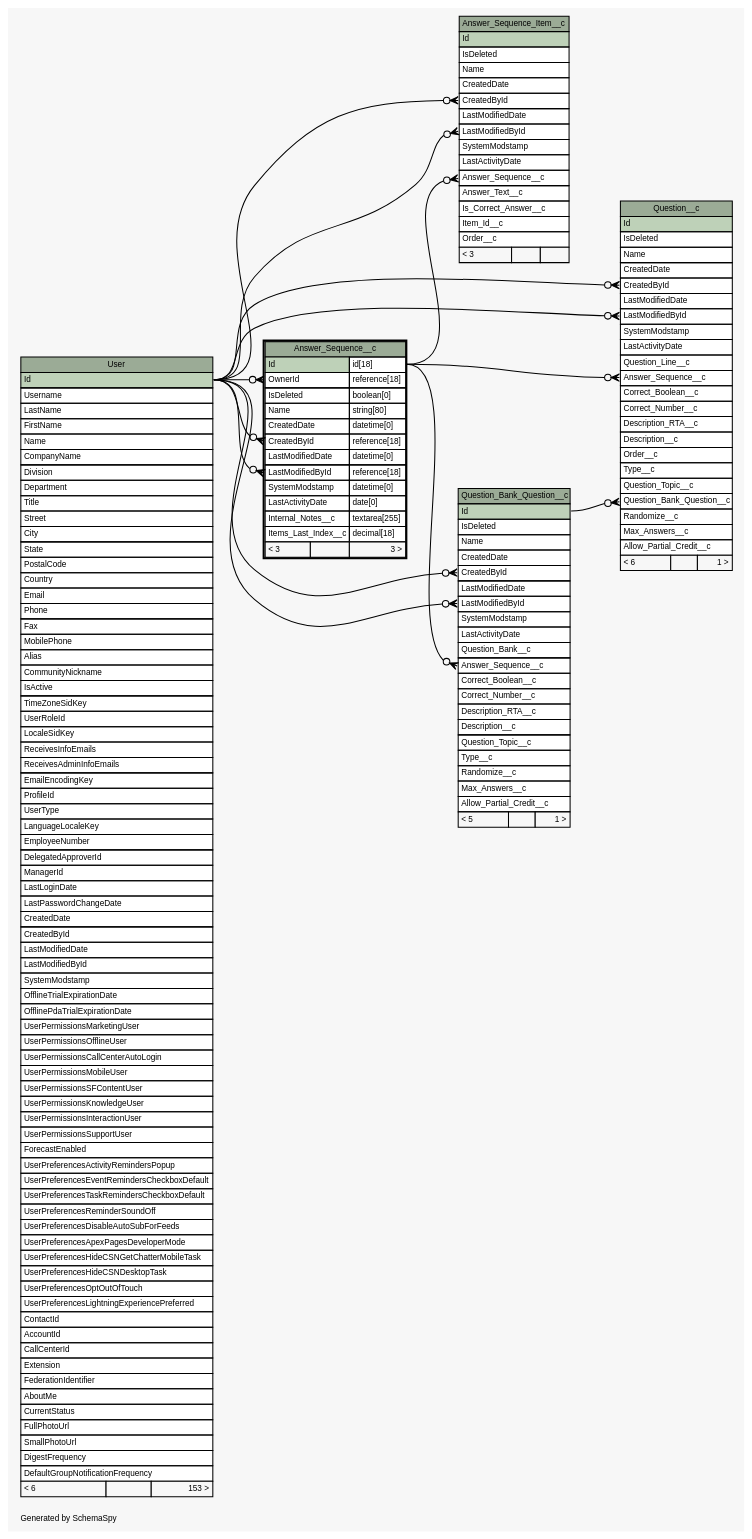
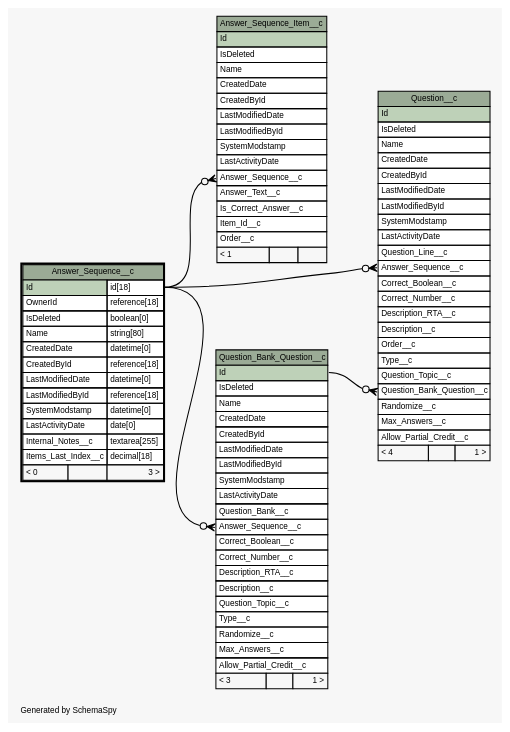
One commit to ScormAnywhere/learntrac.github.io changed the diagram in diagrams/Answer_Sequence__c.1degree.dot. Above: the diagram before and after it, drawn with Graphviz. The commit also changed 289 other files, not shown here.

```diff
--- a/diagrams/Answer_Sequence__c.1degree.dot
+++ b/diagrams/Answer_Sequence__c.1degree.dot
@@ -19,19 +19,10 @@
   edge [
     arrowsize="0.8"
   ];
-  "Answer_Sequence__c":"CreatedById":w -> "User":"Id":e [arrowhead=none dir=back arrowtail=crowodot];
-  "Answer_Sequence__c":"LastModifiedById":w -> "User":"Id":e [arrowhead=none dir=back arrowtail=crowodot];
-  "Answer_Sequence__c":"OwnerId":w -> "User":"Id":e [arrowhead=none dir=back arrowtail=crowodot];
   "Answer_Sequence_Item__c":"Answer_Sequence__c":w -> "Answer_Sequence__c":"Id.type":e [arrowhead=none dir=back arrowtail=crowodot];
-  "Answer_Sequence_Item__c":"CreatedById":w -> "User":"Id":e [arrowhead=none dir=back arrowtail=crowodot];
-  "Answer_Sequence_Item__c":"LastModifiedById":w -> "User":"Id":e [arrowhead=none dir=back arrowtail=crowodot];
   "Question__c":"Answer_Sequence__c":w -> "Answer_Sequence__c":"Id.type":e [arrowhead=none dir=back arrowtail=crowodot];
-  "Question__c":"CreatedById":w -> "User":"Id":e [arrowhead=none dir=back arrowtail=crowodot];
-  "Question__c":"LastModifiedById":w -> "User":"Id":e [arrowhead=none dir=back arrowtail=crowodot];
   "Question__c":"Question_Bank_Question__c":w -> "Question_Bank_Question__c":"Id":e [arrowhead=none dir=back arrowtail=crowodot];
   "Question_Bank_Question__c":"Answer_Sequence__c":w -> "Answer_Sequence__c":"Id.type":e [arrowhead=none dir=back arrowtail=crowodot];
-  "Question_Bank_Question__c":"CreatedById":w -> "User":"Id":e [arrowhead=none dir=back arrowtail=crowodot];
-  "Question_Bank_Question__c":"LastModifiedById":w -> "User":"Id":e [arrowhead=none dir=back arrowtail=crowodot];
   "Answer_Sequence__c" [
     label=<
     <TABLE BORDER="2" CELLBORDER="1" CELLSPACING="0" BGCOLOR="#ffffff">
@@ -48,7 +39,7 @@
       <TR><TD PORT="LastActivityDate" COLSPAN="2" ALIGN="LEFT">LastActivityDate</TD><TD PORT="LastActivityDate.type" ALIGN="LEFT">date[0]</TD></TR>
       <TR><TD PORT="Internal_Notes__c" COLSPAN="2" ALIGN="LEFT">Internal_Notes__c</TD><TD PORT="Internal_Notes__c.type" ALIGN="LEFT">textarea[255]</TD></TR>
       <TR><TD PORT="Items_Last_Index__c" COLSPAN="2" ALIGN="LEFT">Items_Last_Index__c</TD><TD PORT="Items_Last_Index__c.type" ALIGN="LEFT">decimal[18]</TD></TR>
-      <TR><TD ALIGN="LEFT" BGCOLOR="#f7f7f7">&lt; 3</TD><TD ALIGN="RIGHT" BGCOLOR="#f7f7f7">  </TD><TD ALIGN="RIGHT" BGCOLOR="#f7f7f7">3 &gt;</TD></TR>
+      <TR><TD ALIGN="LEFT" BGCOLOR="#f7f7f7">&lt; 0</TD><TD ALIGN="RIGHT" BGCOLOR="#f7f7f7">  </TD><TD ALIGN="RIGHT" BGCOLOR="#f7f7f7">3 &gt;</TD></TR>
     </TABLE>>
     URL="Answer_Sequence__c.html"
     tooltip="Answer_Sequence__c"
@@ -71,7 +62,7 @@
       <TR><TD PORT="Is_Correct_Answer__c" COLSPAN="3" ALIGN="LEFT">Is_Correct_Answer__c</TD></TR>
       <TR><TD PORT="Item_Id__c" COLSPAN="3" ALIGN="LEFT">Item_Id__c</TD></TR>
       <TR><TD PORT="Order__c" COLSPAN="3" ALIGN="LEFT">Order__c</TD></TR>
-      <TR><TD ALIGN="LEFT" BGCOLOR="#f7f7f7">&lt; 3</TD><TD ALIGN="RIGHT" BGCOLOR="#f7f7f7">  </TD><TD ALIGN="RIGHT" BGCOLOR="#f7f7f7">  </TD></TR>
+      <TR><TD ALIGN="LEFT" BGCOLOR="#f7f7f7">&lt; 1</TD><TD ALIGN="RIGHT" BGCOLOR="#f7f7f7">  </TD><TD ALIGN="RIGHT" BGCOLOR="#f7f7f7">  </TD></TR>
     </TABLE>>
     URL="Answer_Sequence_Item__c.html"
     tooltip="Answer_Sequence_Item__c"
@@ -102,7 +93,7 @@
       <TR><TD PORT="Randomize__c" COLSPAN="3" ALIGN="LEFT">Randomize__c</TD></TR>
       <TR><TD PORT="Max_Answers__c" COLSPAN="3" ALIGN="LEFT">Max_Answers__c</TD></TR>
       <TR><TD PORT="Allow_Partial_Credit__c" COLSPAN="3" ALIGN="LEFT">Allow_Partial_Credit__c</TD></TR>
-      <TR><TD ALIGN="LEFT" BGCOLOR="#f7f7f7">&lt; 6</TD><TD ALIGN="RIGHT" BGCOLOR="#f7f7f7">  </TD><TD ALIGN="RIGHT" BGCOLOR="#f7f7f7">1 &gt;</TD></TR>
+      <TR><TD ALIGN="LEFT" BGCOLOR="#f7f7f7">&lt; 4</TD><TD ALIGN="RIGHT" BGCOLOR="#f7f7f7">  </TD><TD ALIGN="RIGHT" BGCOLOR="#f7f7f7">1 &gt;</TD></TR>
     </TABLE>>
     URL="Question__c.html"
     tooltip="Question__c"
@@ -131,90 +122,9 @@
       <TR><TD PORT="Randomize__c" COLSPAN="3" ALIGN="LEFT">Randomize__c</TD></TR>
       <TR><TD PORT="Max_Answers__c" COLSPAN="3" ALIGN="LEFT">Max_Answers__c</TD></TR>
       <TR><TD PORT="Allow_Partial_Credit__c" COLSPAN="3" ALIGN="LEFT">Allow_Partial_Credit__c</TD></TR>
-      <TR><TD ALIGN="LEFT" BGCOLOR="#f7f7f7">&lt; 5</TD><TD ALIGN="RIGHT" BGCOLOR="#f7f7f7">  </TD><TD ALIGN="RIGHT" BGCOLOR="#f7f7f7">1 &gt;</TD></TR>
+      <TR><TD ALIGN="LEFT" BGCOLOR="#f7f7f7">&lt; 3</TD><TD ALIGN="RIGHT" BGCOLOR="#f7f7f7">  </TD><TD ALIGN="RIGHT" BGCOLOR="#f7f7f7">1 &gt;</TD></TR>
     </TABLE>>
     URL="Question_Bank_Question__c.html"
     tooltip="Question_Bank_Question__c"
   ];
-  "User" [
-    label=<
-    <TABLE BORDER="0" CELLBORDER="1" CELLSPACING="0" BGCOLOR="#ffffff">
-      <TR><TD COLSPAN="3" BGCOLOR="#9bab96" ALIGN="CENTER">User</TD></TR>
-      <TR><TD PORT="Id" COLSPAN="3" BGCOLOR="#bed1b8" ALIGN="LEFT">Id</TD></TR>
-      <TR><TD PORT="Username" COLSPAN="3" ALIGN="LEFT">Username</TD></TR>
-      <TR><TD PORT="LastName" COLSPAN="3" ALIGN="LEFT">LastName</TD></TR>
-      <TR><TD PORT="FirstName" COLSPAN="3" ALIGN="LEFT">FirstName</TD></TR>
-      <TR><TD PORT="Name" COLSPAN="3" ALIGN="LEFT">Name</TD></TR>
-      <TR><TD PORT="CompanyName" COLSPAN="3" ALIGN="LEFT">CompanyName</TD></TR>
-      <TR><TD PORT="Division" COLSPAN="3" ALIGN="LEFT">Division</TD></TR>
-      <TR><TD PORT="Department" COLSPAN="3" ALIGN="LEFT">Department</TD></TR>
-      <TR><TD PORT="Title" COLSPAN="3" ALIGN="LEFT">Title</TD></TR>
-      <TR><TD PORT="Street" COLSPAN="3" ALIGN="LEFT">Street</TD></TR>
-      <TR><TD PORT="City" COLSPAN="3" ALIGN="LEFT">City</TD></TR>
-      <TR><TD PORT="State" COLSPAN="3" ALIGN="LEFT">State</TD></TR>
-      <TR><TD PORT="PostalCode" COLSPAN="3" ALIGN="LEFT">PostalCode</TD></TR>
-      <TR><TD PORT="Country" COLSPAN="3" ALIGN="LEFT">Country</TD></TR>
-      <TR><TD PORT="Email" COLSPAN="3" ALIGN="LEFT">Email</TD></TR>
-      <TR><TD PORT="Phone" COLSPAN="3" ALIGN="LEFT">Phone</TD></TR>
-      <TR><TD PORT="Fax" COLSPAN="3" ALIGN="LEFT">Fax</TD></TR>
-      <TR><TD PORT="MobilePhone" COLSPAN="3" ALIGN="LEFT">MobilePhone</TD></TR>
-      <TR><TD PORT="Alias" COLSPAN="3" ALIGN="LEFT">Alias</TD></TR>
-      <TR><TD PORT="CommunityNickname" COLSPAN="3" ALIGN="LEFT">CommunityNickname</TD></TR>
-      <TR><TD PORT="IsActive" COLSPAN="3" ALIGN="LEFT">IsActive</TD></TR>
-      <TR><TD PORT="TimeZoneSidKey" COLSPAN="3" ALIGN="LEFT">TimeZoneSidKey</TD></TR>
-      <TR><TD PORT="UserRoleId" COLSPAN="3" ALIGN="LEFT">UserRoleId</TD></TR>
-      <TR><TD PORT="LocaleSidKey" COLSPAN="3" ALIGN="LEFT">LocaleSidKey</TD></TR>
-      <TR><TD PORT="ReceivesInfoEmails" COLSPAN="3" ALIGN="LEFT">ReceivesInfoEmails</TD></TR>
-      <TR><TD PORT="ReceivesAdminInfoEmails" COLSPAN="3" ALIGN="LEFT">ReceivesAdminInfoEmails</TD></TR>
-      <TR><TD PORT="EmailEncodingKey" COLSPAN="3" ALIGN="LEFT">EmailEncodingKey</TD></TR>
-      <TR><TD PORT="ProfileId" COLSPAN="3" ALIGN="LEFT">ProfileId</TD></TR>
-      <TR><TD PORT="UserType" COLSPAN="3" ALIGN="LEFT">UserType</TD></TR>
-      <TR><TD PORT="LanguageLocaleKey" COLSPAN="3" ALIGN="LEFT">LanguageLocaleKey</TD></TR>
-      <TR><TD PORT="EmployeeNumber" COLSPAN="3" ALIGN="LEFT">EmployeeNumber</TD></TR>
-      <TR><TD PORT="DelegatedApproverId" COLSPAN="3" ALIGN="LEFT">DelegatedApproverId</TD></TR>
-      <TR><TD PORT="ManagerId" COLSPAN="3" ALIGN="LEFT">ManagerId</TD></TR>
-      <TR><TD PORT="LastLoginDate" COLSPAN="3" ALIGN="LEFT">LastLoginDate</TD></TR>
-      <TR><TD PORT="LastPasswordChangeDate" COLSPAN="3" ALIGN="LEFT">LastPasswordChangeDate</TD></TR>
-      <TR><TD PORT="CreatedDate" COLSPAN="3" ALIGN="LEFT">CreatedDate</TD></TR>
-      <TR><TD PORT="CreatedById" COLSPAN="3" ALIGN="LEFT">CreatedById</TD></TR>
-      <TR><TD PORT="LastModifiedDate" COLSPAN="3" ALIGN="LEFT">LastModifiedDate</TD></TR>
-      <TR><TD PORT="LastModifiedById" COLSPAN="3" ALIGN="LEFT">LastModifiedById</TD></TR>
-      <TR><TD PORT="SystemModstamp" COLSPAN="3" ALIGN="LEFT">SystemModstamp</TD></TR>
-      <TR><TD PORT="OfflineTrialExpirationDate" COLSPAN="3" ALIGN="LEFT">OfflineTrialExpirationDate</TD></TR>
-      <TR><TD PORT="OfflinePdaTrialExpirationDate" COLSPAN="3" ALIGN="LEFT">OfflinePdaTrialExpirationDate</TD></TR>
-      <TR><TD PORT="UserPermissionsMarketingUser" COLSPAN="3" ALIGN="LEFT">UserPermissionsMarketingUser</TD></TR>
-      <TR><TD PORT="UserPermissionsOfflineUser" COLSPAN="3" ALIGN="LEFT">UserPermissionsOfflineUser</TD></TR>
-      <TR><TD PORT="UserPermissionsCallCenterAutoLogin" COLSPAN="3" ALIGN="LEFT">UserPermissionsCallCenterAutoLogin</TD></TR>
-      <TR><TD PORT="UserPermissionsMobileUser" COLSPAN="3" ALIGN="LEFT">UserPermissionsMobileUser</TD></TR>
-      <TR><TD PORT="UserPermissionsSFContentUser" COLSPAN="3" ALIGN="LEFT">UserPermissionsSFContentUser</TD></TR>
-      <TR><TD PORT="UserPermissionsKnowledgeUser" COLSPAN="3" ALIGN="LEFT">UserPermissionsKnowledgeUser</TD></TR>
-      <TR><TD PORT="UserPermissionsInteractionUser" COLSPAN="3" ALIGN="LEFT">UserPermissionsInteractionUser</TD></TR>
-      <TR><TD PORT="UserPermissionsSupportUser" COLSPAN="3" ALIGN="LEFT">UserPermissionsSupportUser</TD></TR>
-      <TR><TD PORT="ForecastEnabled" COLSPAN="3" ALIGN="LEFT">ForecastEnabled</TD></TR>
-      <TR><TD PORT="UserPreferencesActivityRemindersPopup" COLSPAN="3" ALIGN="LEFT">UserPreferencesActivityRemindersPopup</TD></TR>
-      <TR><TD PORT="UserPreferencesEventRemindersCheckboxDefault" COLSPAN="3" ALIGN="LEFT">UserPreferencesEventRemindersCheckboxDefault</TD></TR>
-      <TR><TD PORT="UserPreferencesTaskRemindersCheckboxDefault" COLSPAN="3" ALIGN="LEFT">UserPreferencesTaskRemindersCheckboxDefault</TD></TR>
-      <TR><TD PORT="UserPreferencesReminderSoundOff" COLSPAN="3" ALIGN="LEFT">UserPreferencesReminderSoundOff</TD></TR>
-      <TR><TD PORT="UserPreferencesDisableAutoSubForFeeds" COLSPAN="3" ALIGN="LEFT">UserPreferencesDisableAutoSubForFeeds</TD></TR>
-      <TR><TD PORT="UserPreferencesApexPagesDeveloperMode" COLSPAN="3" ALIGN="LEFT">UserPreferencesApexPagesDeveloperMode</TD></TR>
-      <TR><TD PORT="UserPreferencesHideCSNGetChatterMobileTask" COLSPAN="3" ALIGN="LEFT">UserPreferencesHideCSNGetChatterMobileTask</TD></TR>
-      <TR><TD PORT="UserPreferencesHideCSNDesktopTask" COLSPAN="3" ALIGN="LEFT">UserPreferencesHideCSNDesktopTask</TD></TR>
-      <TR><TD PORT="UserPreferencesOptOutOfTouch" COLSPAN="3" ALIGN="LEFT">UserPreferencesOptOutOfTouch</TD></TR>
-      <TR><TD PORT="UserPreferencesLightningExperiencePreferred" COLSPAN="3" ALIGN="LEFT">UserPreferencesLightningExperiencePreferred</TD></TR>
-      <TR><TD PORT="ContactId" COLSPAN="3" ALIGN="LEFT">ContactId</TD></TR>
-      <TR><TD PORT="AccountId" COLSPAN="3" ALIGN="LEFT">AccountId</TD></TR>
-      <TR><TD PORT="CallCenterId" COLSPAN="3" ALIGN="LEFT">CallCenterId</TD></TR>
-      <TR><TD PORT="Extension" COLSPAN="3" ALIGN="LEFT">Extension</TD></TR>
-      <TR><TD PORT="FederationIdentifier" COLSPAN="3" ALIGN="LEFT">FederationIdentifier</TD></TR>
-      <TR><TD PORT="AboutMe" COLSPAN="3" ALIGN="LEFT">AboutMe</TD></TR>
-      <TR><TD PORT="CurrentStatus" COLSPAN="3" ALIGN="LEFT">CurrentStatus</TD></TR>
-      <TR><TD PORT="FullPhotoUrl" COLSPAN="3" ALIGN="LEFT">FullPhotoUrl</TD></TR>
-      <TR><TD PORT="SmallPhotoUrl" COLSPAN="3" ALIGN="LEFT">SmallPhotoUrl</TD></TR>
-      <TR><TD PORT="DigestFrequency" COLSPAN="3" ALIGN="LEFT">DigestFrequency</TD></TR>
-      <TR><TD PORT="DefaultGroupNotificationFrequency" COLSPAN="3" ALIGN="LEFT">DefaultGroupNotificationFrequency</TD></TR>
-      <TR><TD ALIGN="LEFT" BGCOLOR="#f7f7f7">&lt; 6</TD><TD ALIGN="RIGHT" BGCOLOR="#f7f7f7">  </TD><TD ALIGN="RIGHT" BGCOLOR="#f7f7f7">153 &gt;</TD></TR>
-    </TABLE>>
-    URL="User.html"
-    tooltip="User"
-  ];
 }
```
